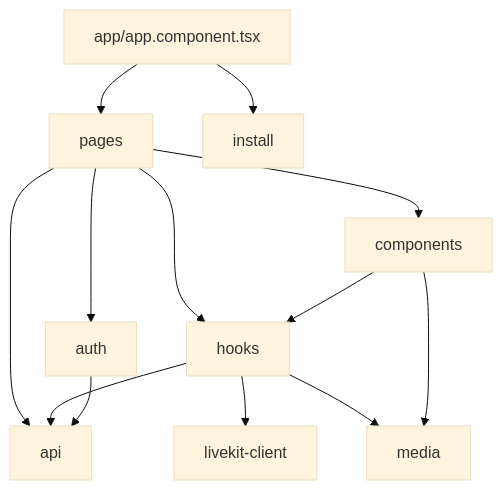
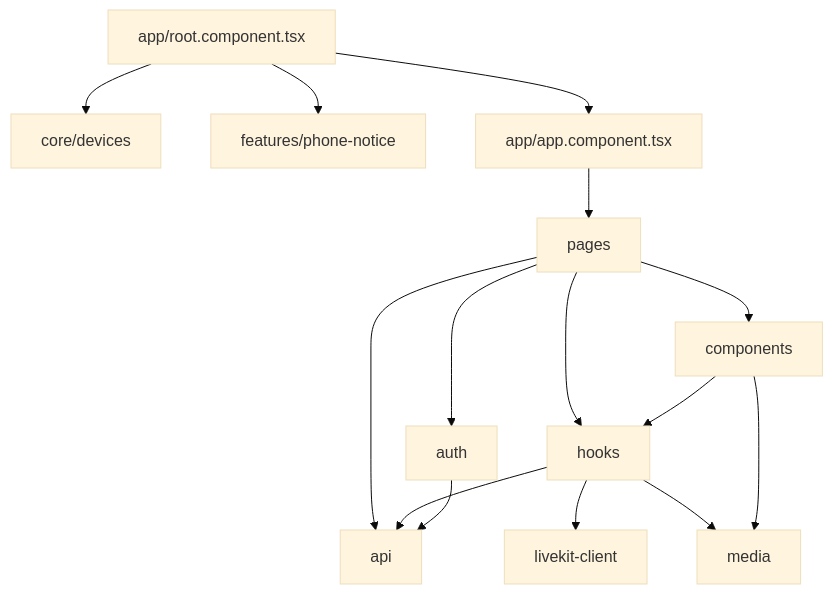
One commit to Hbrauveres/xove-web changed the second of 4 diagrams in docs/architecture.md. Above: the diagram before and after it, drawn with Mermaid (base theme). The commit also changed other lines of this file and 152 other files, not shown here.

````diff
--- a/docs/architecture.md
+++ b/docs/architecture.md
@@ -37,15 +38,17 @@
 ```mermaid
 flowchart TD
   P[pages] --> C[components]
   P --> H[hooks]
   P --> A[api]
   C --> H
   H --> A
   H --> LK[livekit-client]
   H --> M[media]
   C --> M
   P --> AU[auth]
   AU --> A
-  APP[app/app.component.tsx] --> I[install]
+  R[app/root.component.tsx] --> D[core/devices]
+  R --> N[features/phone-notice]
+  R --> APP[app/app.component.tsx]
   APP --> P
 ```
````
